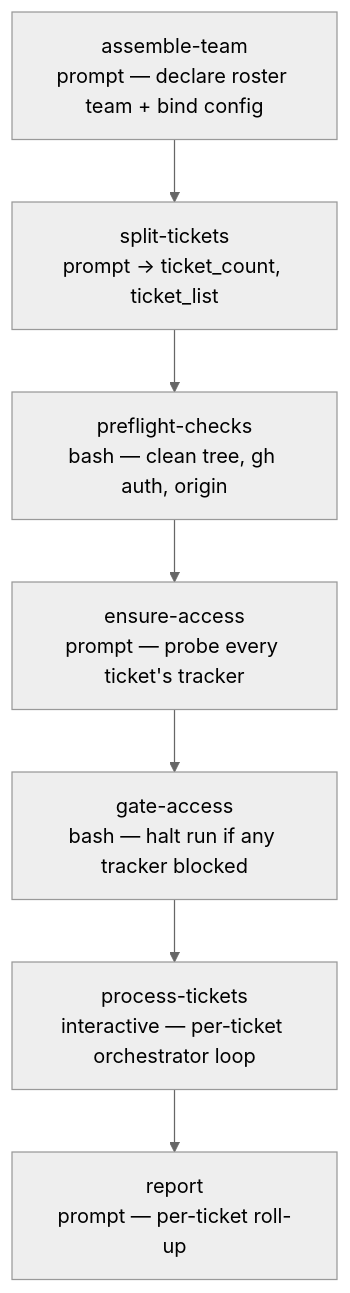
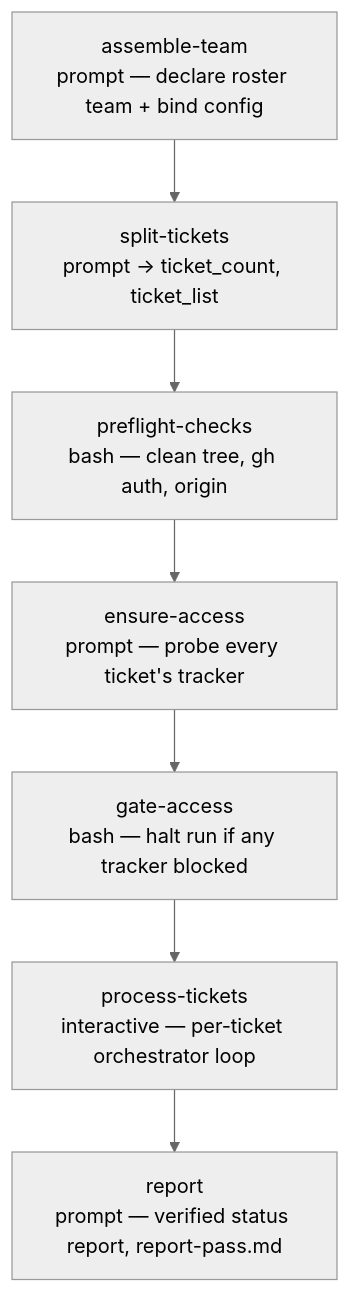
Before and after one commit to e1024kb/wise-claude: the diagram in plugins/wise/workflows/ticket-auto/README.md, drawn with Mermaid (neutral theme). The commit also changed other lines of this file and 10 other files, not shown here.

First line of the commit message:
feat: shared report-pass, workflow report consolidation, validator hardening (v4.11.1) (#55)

````diff
--- a/plugins/wise/workflows/ticket-auto/README.md
+++ b/plugins/wise/workflows/ticket-auto/README.md
@@ -69,9 +69,9 @@
 ```mermaid
 flowchart TD
     A[assemble-team<br/>prompt — declare roster team + bind config] --> B[split-tickets<br/>prompt → ticket_count, ticket_list]
     B --> C[preflight-checks<br/>bash — clean tree, gh auth, origin]
     C --> G[ensure-access<br/>prompt — probe every ticket's tracker]
     G --> H[gate-access<br/>bash — halt run if any tracker blocked]
     H --> D[process-tickets<br/>interactive — per-ticket orchestrator loop]
-    D --> E[report<br/>prompt — per-ticket roll-up]
+    D --> E[report<br/>prompt — verified status report, report-pass.md]
 ```
````
